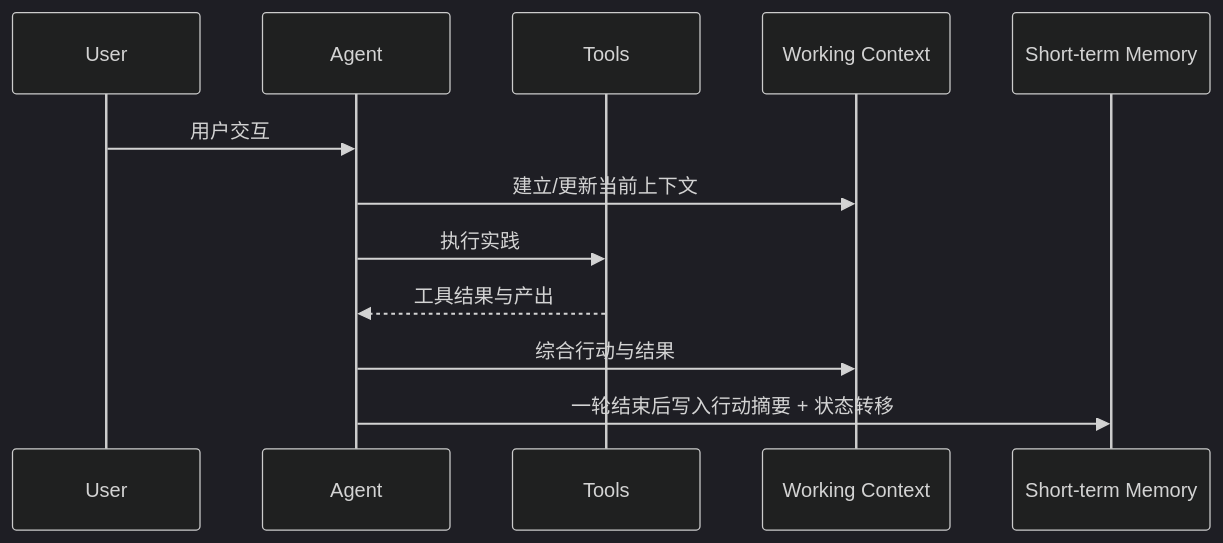
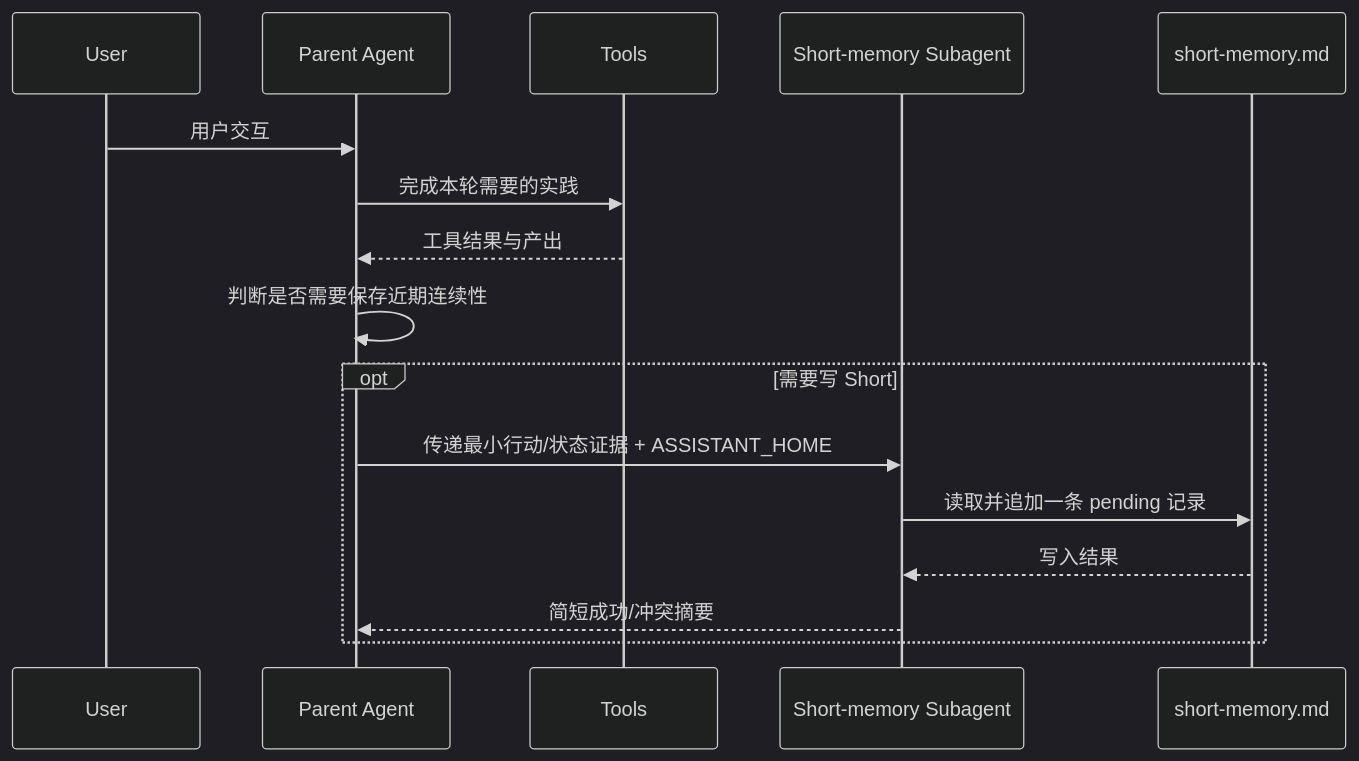
The first of 4 diagrams in docs/data-flow.md (Ri0n72Y/agent-identity-cycle), drawn with Mermaid (dark theme) before and after one commit. The commit also changed other lines of this file and 16 other files, not shown here.

First line of the commit message:
feat: split short-memory appending from reflection

````diff
--- a/docs/data-flow.md
+++ b/docs/data-flow.md
@@ -11,15 +9,19 @@
 ```mermaid
 sequenceDiagram
     participant U as User
-    participant A as Agent
+    participant A as Parent Agent
     participant T as Tools
-    participant W as Working Context
-    participant S as Short-term Memory
+    participant SA as Short-memory Subagent
+    participant S as short-memory.md
 
     U->>A: 用户交互
-    A->>W: 建立/更新当前上下文
-    A->>T: 执行实践
+    A->>T: 完成本轮需要的实践
     T-->>A: 工具结果与产出
-    A->>W: 综合行动与结果
-    A->>S: 一轮结束后写入行动摘要 + 状态转移
+    A->>A: 判断是否需要保存近期连续性
+    opt 需要写 Short
+        A->>SA: 传递最小行动/状态证据 + ASSISTANT_HOME
+        SA->>S: 读取并追加一条 pending 记录
+        S-->>SA: 写入结果
+        SA-->>A: 简短成功/冲突摘要
+    end
 ```
````
